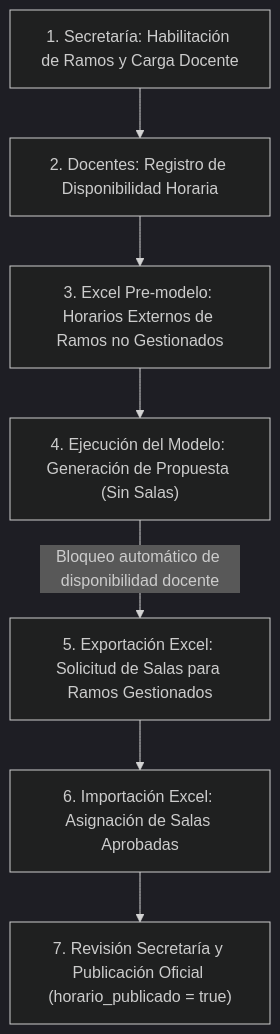
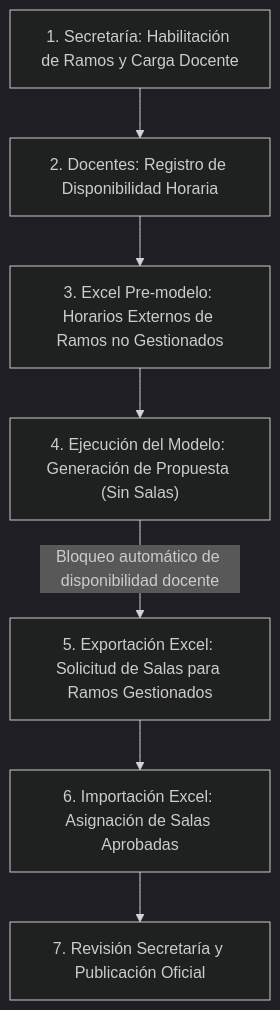
One commit to VicenteAsmussen/PT-OptimizacionHorarios changed the diagram in README.md. Above: the diagram before and after it, drawn with Mermaid (dark theme). The commit also changed other lines of this file, not shown here.

````diff
--- a/README.md
+++ b/README.md
@@ -27,9 +27,9 @@
 ```mermaid
 flowchart TD
     A["1. Secretaría: Habilitación de Ramos y Carga Docente"] --> B["2. Docentes: Registro de Disponibilidad Horaria"]
     B --> C["3. Excel Pre-modelo: Horarios Externos de Ramos no Gestionados"]
     C --> D["4. Ejecución del Modelo: Generación de Propuesta (Sin Salas)"]
     D -->|Bloqueo automático de disponibilidad docente| E["5. Exportación Excel: Solicitud de Salas para Ramos Gestionados"]
     E --> F["6. Importación Excel: Asignación de Salas Aprobadas"]
-    F --> G["7. Revisión Secretaría y Publicación Oficial (horario_publicado = true)"]
+    F --> G["7. Revisión Secretaría y Publicación Oficial"]
 ```
````
